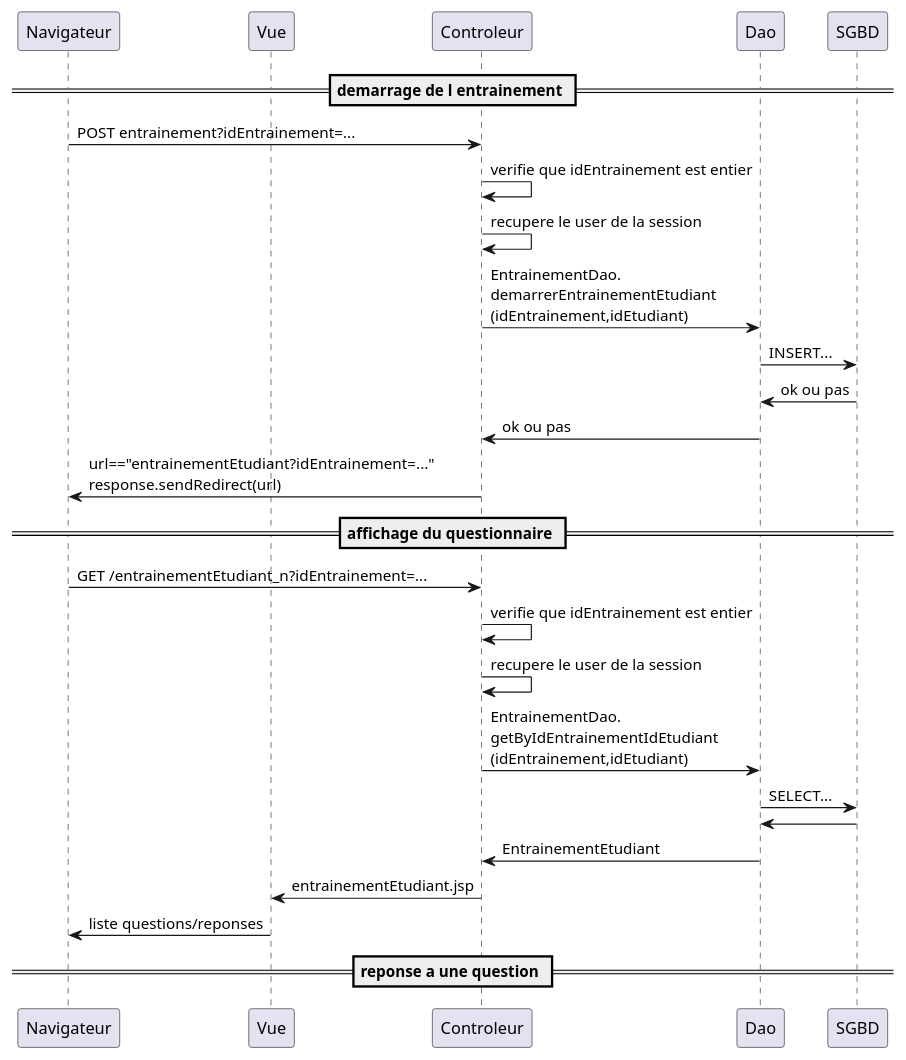
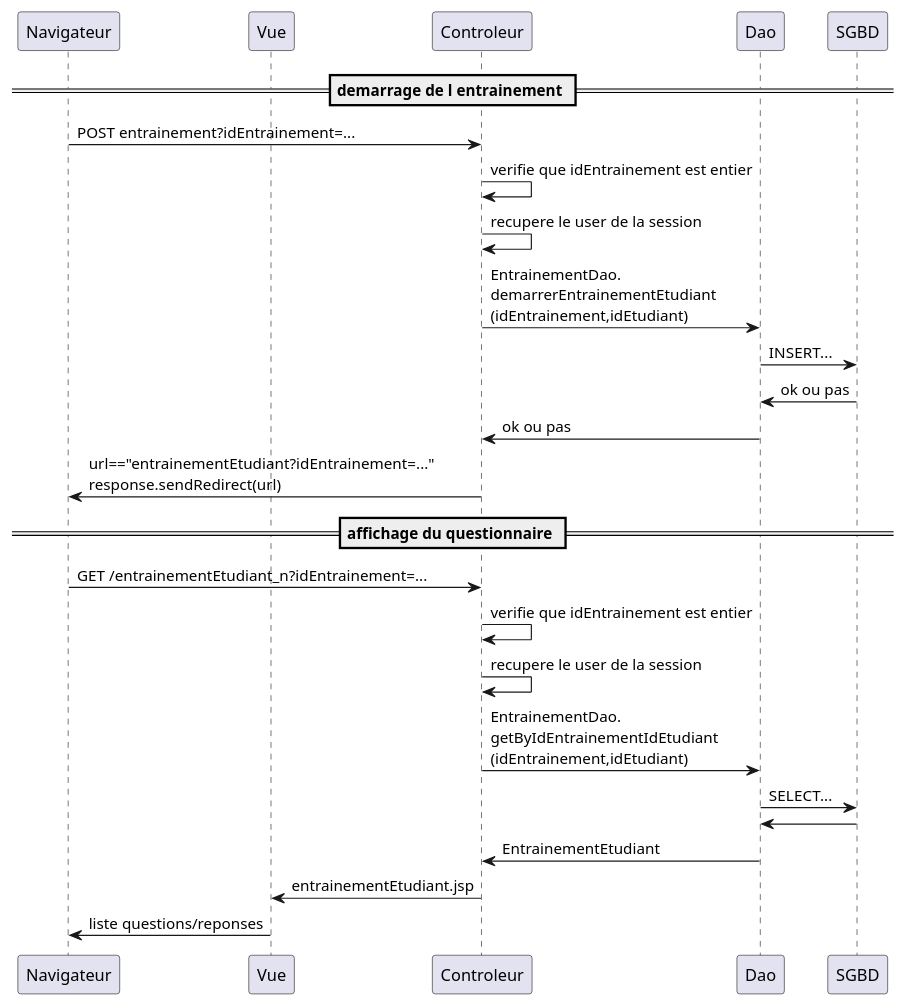
Before and after one commit to michel-plasse/siomassy2021: the diagram in src/main/webapp/doc/5.5etudiantRepondQuestionnaire.puml, drawn with PlantUML. The commit also changed 8 other files, not shown here.

```diff
--- a/src/main/webapp/doc/5.5etudiantRepondQuestionnaire.puml
+++ b/src/main/webapp/doc/5.5etudiantRepondQuestionnaire.puml
@@ -1,27 +1,27 @@
 @startuml
 ' par défaut, les couches sont disposées dans l'ordre d'apparition
 ' nous utilison participant pour préciser qu'après Navigateur il y a Vue et non Controleur
 participant Navigateur
 participant Vue
 
 == demarrage de l entrainement ==
 Navigateur -> Controleur: POST entrainement?idEntrainement=...
 Controleur -> Controleur: verifie que idEntrainement est entier 
 Controleur -> Controleur: recupere le user de la session 
 Controleur -> Dao: EntrainementDao.\ndemarrerEntrainementEtudiant\n(idEntrainement,idEtudiant)
 Dao -> SGBD: INSERT...
 SGBD -> Dao: ok ou pas
 Dao -> Controleur: ok ou pas
 Controleur -> Navigateur: url=="entrainementEtudiant?idEntrainement=..."\nresponse.sendRedirect(url)
 == affichage du questionnaire ==
 Navigateur -> Controleur: GET /entrainementEtudiant_n?idEntrainement=...
 Controleur -> Controleur: verifie que idEntrainement est entier
 Controleur -> Controleur: recupere le user de la session
 Controleur -> Dao: EntrainementDao.\ngetByIdEntrainementIdEtudiant\n(idEntrainement,idEtudiant)
 Dao -> SGBD: SELECT...
 SGBD -> Dao: 
 Dao -> Controleur: EntrainementEtudiant
 Controleur -> Vue: entrainementEtudiant.jsp
 Vue -> Navigateur: liste questions/reponses
-== reponse a une question ==
+
 @enduml
```
